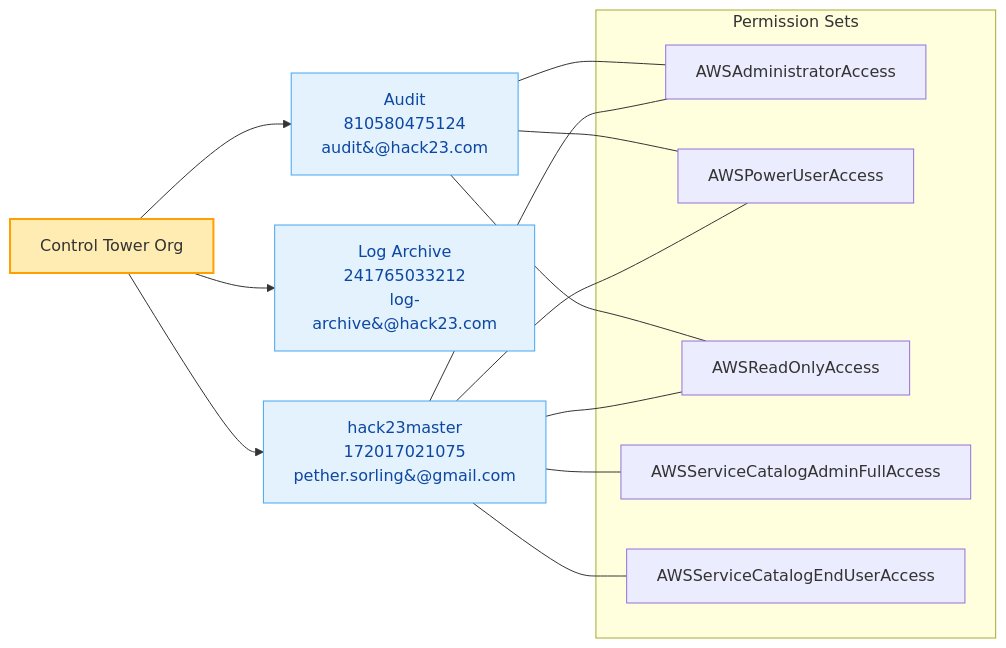
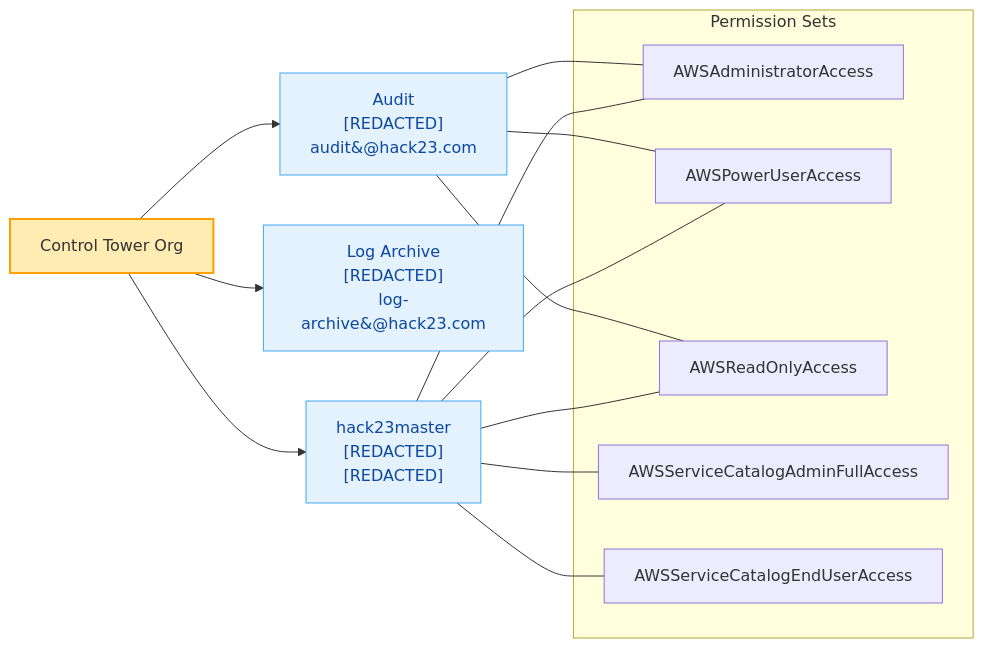
One commit to Hack23/ISMS-PUBLIC changed the second of 8 diagrams in Asset_Register.md. Above: the diagram before and after it, drawn with Mermaid. The commit also changed other lines of this file, not shown here.

````diff
--- a/Asset_Register.md
+++ b/Asset_Register.md
@@ -173,34 +173,34 @@
 ```mermaid
 flowchart LR
   A["Control Tower Org"]
-  AU["Audit\n810580475124\naudit&#64;hack23.com"]
-  LA["Log Archive\n241765033212\nlog-archive&#64;hack23.com"]
-  HM["hack23master\n172017021075\npether.sorling&#64;gmail.com"]
+  AU["Audit\n[REDACTED]\naudit&#64;hack23.com"]
+  LA["Log Archive\n[REDACTED]\nlog-archive&#64;hack23.com"]
+  HM["hack23master\n[REDACTED]\n[REDACTED]"]
 
   A --> AU
   A --> LA
   A --> HM
 
   subgraph "Permission Sets"
     PS1["AWSAdministratorAccess"]
     PS2["AWSPowerUserAccess"]
     PS3["AWSReadOnlyAccess"]
     PS4["AWSServiceCatalogAdminFullAccess"]
     PS5["AWSServiceCatalogEndUserAccess"]
   end
 
   AU --- PS1
   AU --- PS2
   AU --- PS3
   HM --- PS1
   HM --- PS2
   HM --- PS3
   HM --- PS4
   HM --- PS5
 
   classDef ct fill:#ffecb3,stroke:#ffa000,stroke-width:2px,color:#333;
   classDef acct fill:#e3f2fd,stroke:#42a5f5,color:#0d47a1;
 
   class A ct;
   class AU,LA,HM acct;
 ```
````
